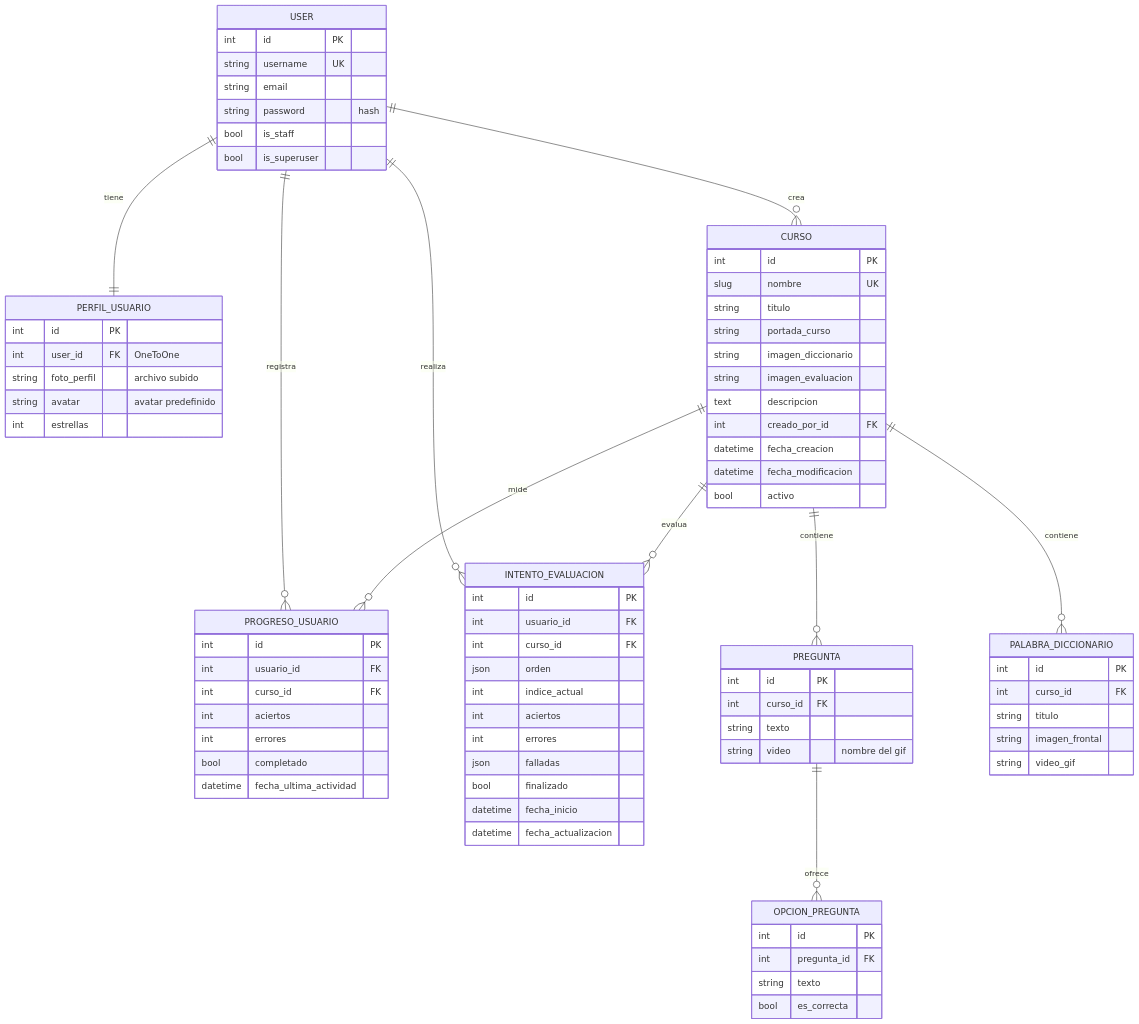
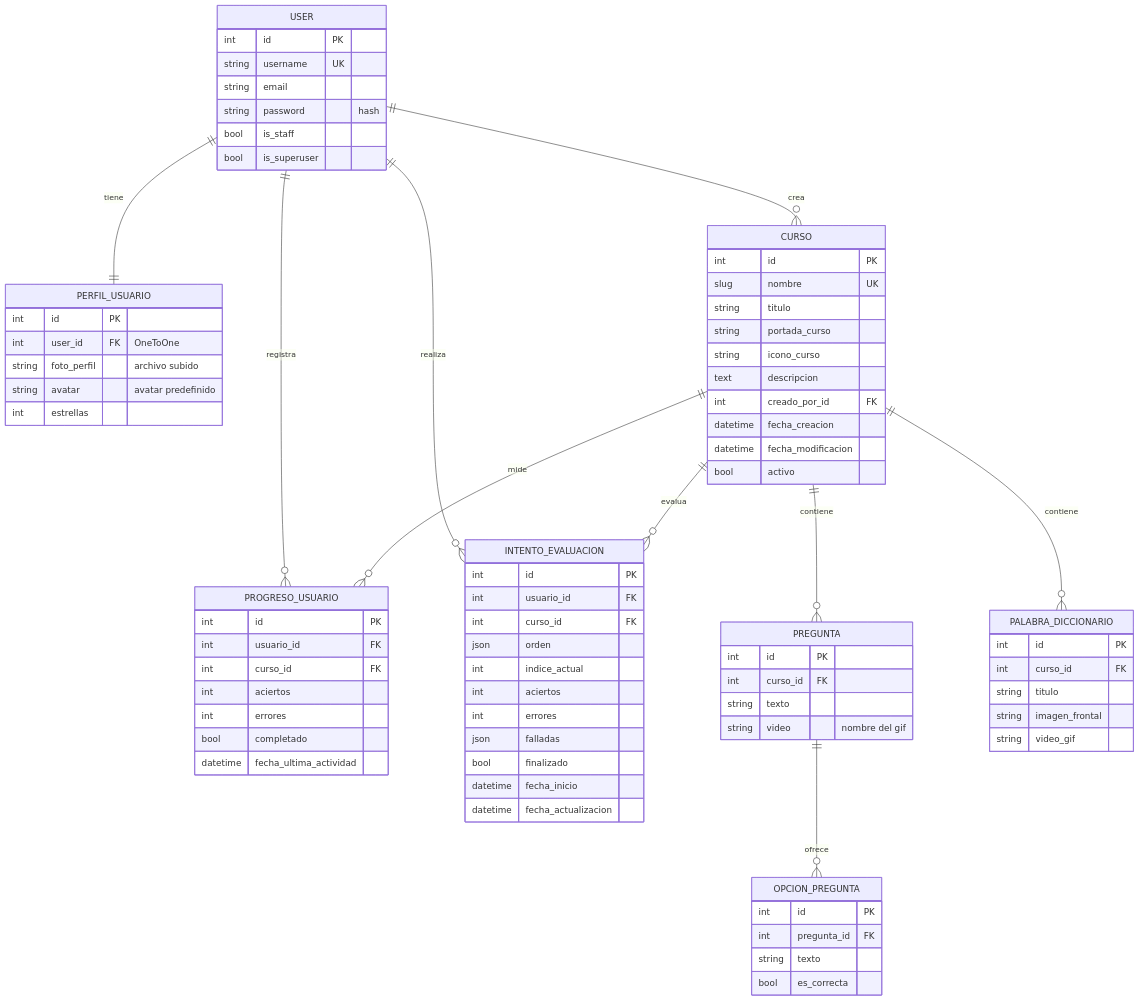
The diagram in docs/MODELO_DATOS.md (SafiroBarrabaja22/ensenarte-backend), drawn with Mermaid before and after one commit. The commit also changed other lines of this file and 26 other files, not shown here.

First line of the commit message:
Orden del diccionario, límite de preguntas, detalle de resultados e ícono de curso

```diff
--- a/docs/MODELO_DATOS.md
+++ b/docs/MODELO_DATOS.md
@@ -38,8 +38,7 @@
         slug nombre UK
         string titulo
         string portada_curso
-        string imagen_diccionario
-        string imagen_evaluacion
+        string icono_curso
         text descripcion
         int creado_por_id FK
         datetime fecha_creacion
```
